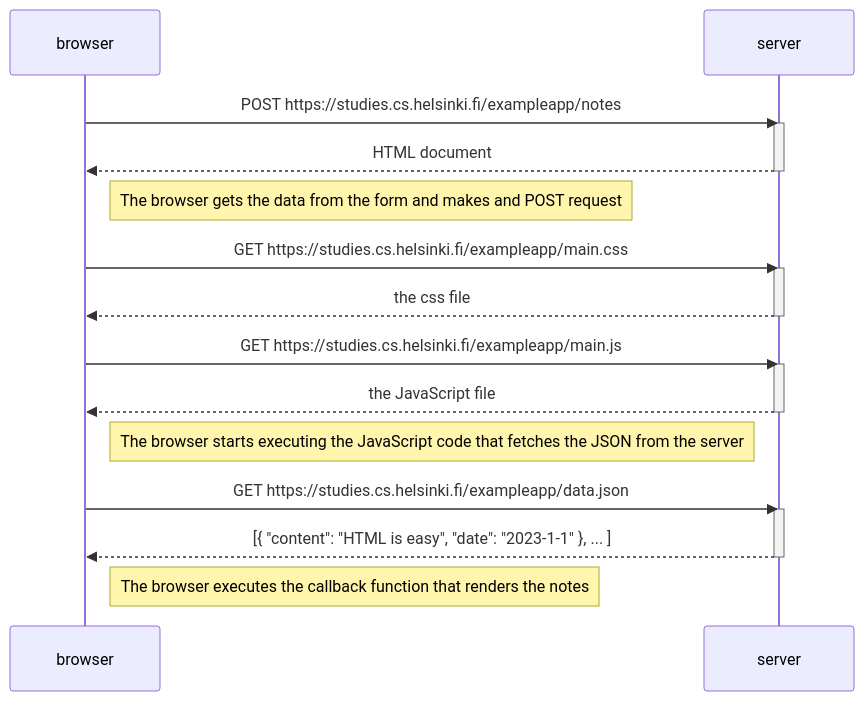
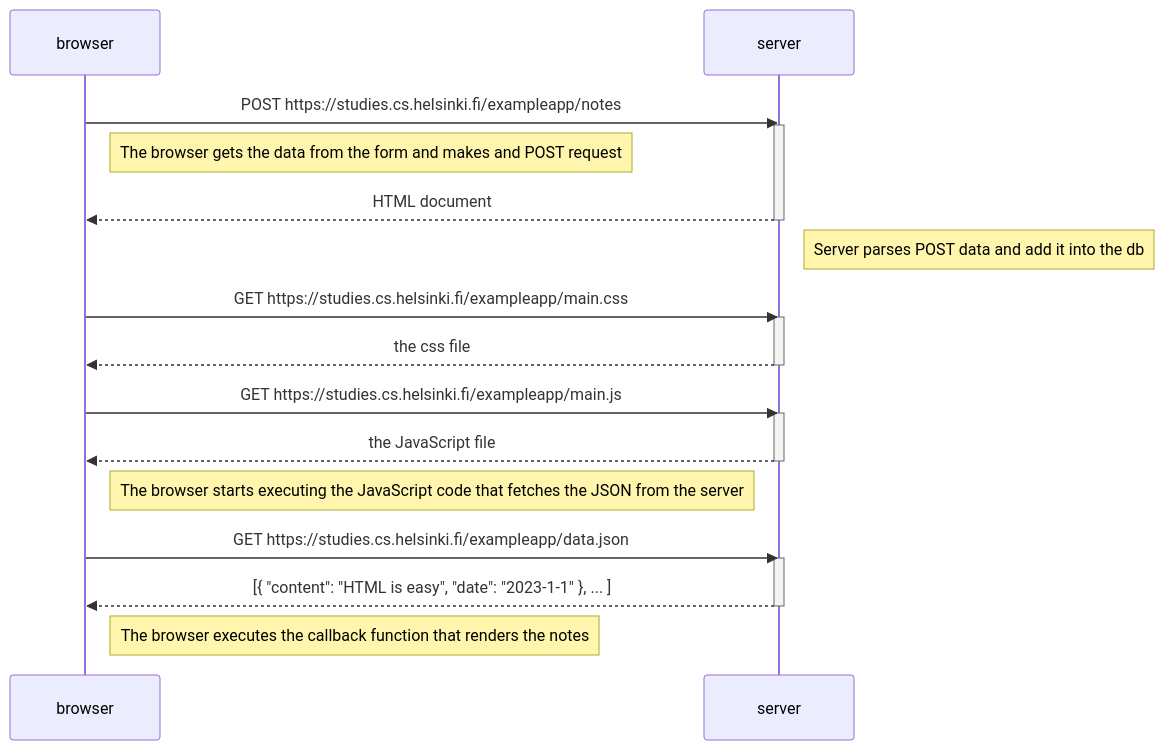
One commit to saert3311/open_fullstack changed the diagram in part0/newNote.md. Above: the diagram before and after it, drawn with Mermaid.

Commit message:
Add Note

````diff
--- a/part0/newNote.md
+++ b/part0/newNote.md
@@ -3,32 +3,32 @@
 ```mermaid
 sequenceDiagram
     participant browser
     participant server
 
     browser->>server: POST https://studies.cs.helsinki.fi/exampleapp/notes
     activate server
+    Note right of browser: The browser gets the data from the form and makes and POST request
     server-->>browser: HTML document
     deactivate server
-
-    Note right of browser: The browser gets the data from the form and makes and POST request
+    Note right of server: Server parses POST data and add it into the db
 
     browser->>server: GET https://studies.cs.helsinki.fi/exampleapp/main.css
     activate server
     server-->>browser: the css file
     deactivate server
 
     browser->>server: GET https://studies.cs.helsinki.fi/exampleapp/main.js
     activate server
     server-->>browser: the JavaScript file
     deactivate server
 
     Note right of browser: The browser starts executing the JavaScript code that fetches the JSON from the server
 
     browser->>server: GET https://studies.cs.helsinki.fi/exampleapp/data.json
     activate server
     server-->>browser: [{ "content": "HTML is easy", "date": "2023-1-1" }, ... ]
     deactivate server
 
     Note right of browser: The browser executes the callback function that renders the notes
     
 ```
````
